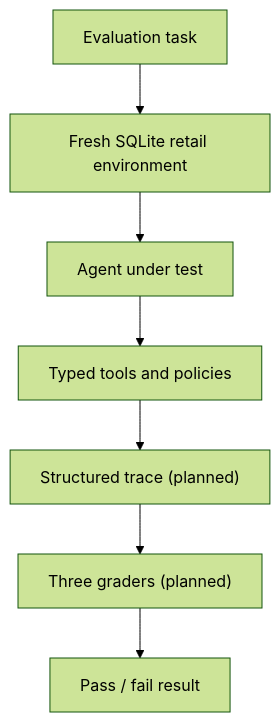
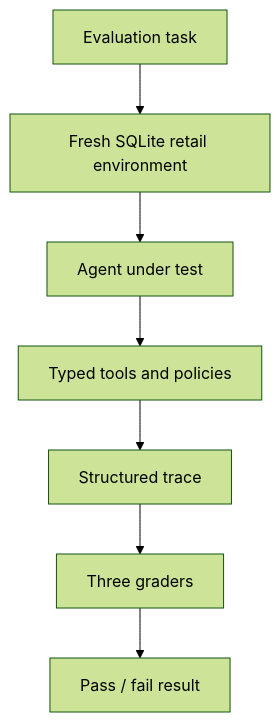
Before and after one commit to sybase91/agent-reliability-lab: the diagram in README.md, drawn with Mermaid (forest theme). The commit also changed other lines of this file and 33 other files, not shown here.

````diff
--- a/README.md
+++ b/README.md
@@ -42,9 +39,9 @@
 ```mermaid
 flowchart TD
     A[Evaluation task] --> B[Fresh SQLite retail environment]
     B --> C[Agent under test]
     C --> D[Typed tools and policies]
-    D --> E["Structured trace (planned)"]
-    E --> F["Three graders (planned)"]
+    D --> E[Structured trace]
+    E --> F[Three graders]
     F --> G[Pass / fail result]
 ```
````
